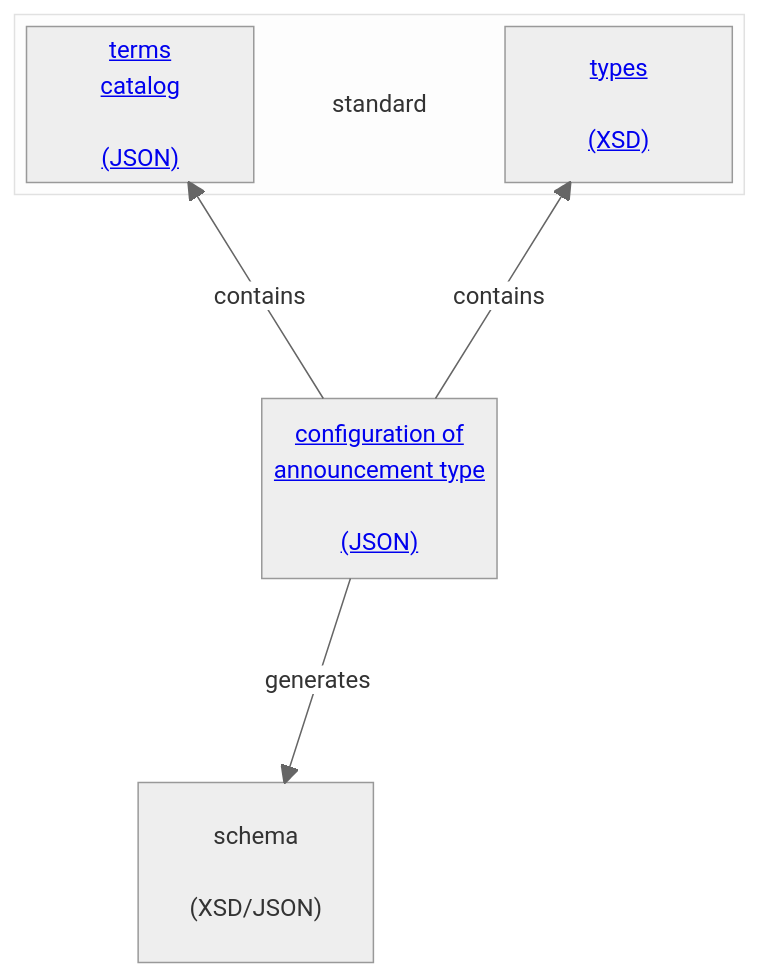
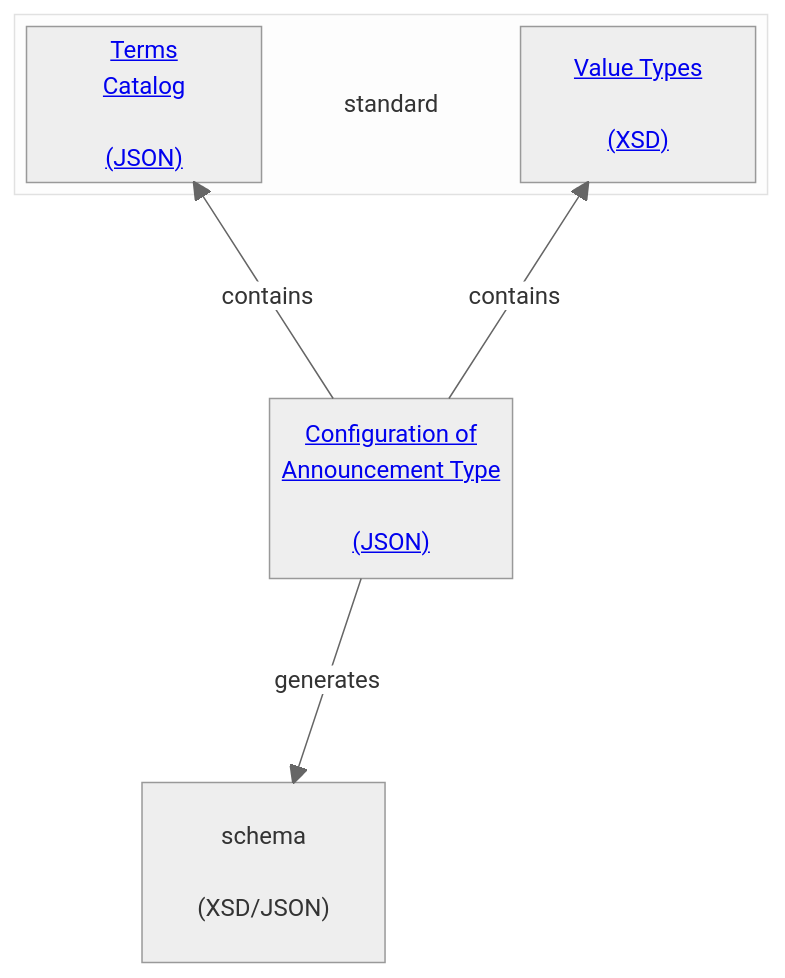
One commit to officialgazette/announcement-model changed the second of 3 diagrams in README.md. Above: the diagram before and after it, drawn with Mermaid. The commit also changed other lines of this file, not shown here.

````diff
--- a/README.md
+++ b/README.md
@@ -62,40 +64,40 @@
 ```mermaid
 
 %%{
   init: {
     'theme': 'neutral'
   }
 }%%
 
 block-beta
 columns 3
 
 block:scope["standard"]:6
 
-terms["<a href='https://github.com/officialgazette/announcement/blob/main/catalog.json'>terms
-catalog
+terms["<a href='https://github.com/officialgazette/announcement/blob/main/catalog.json'>Terms
+Catalog
 
 (JSON)</a>"]:1
 space
-standard["<a href='https://github.com/officialgazette/announcement/blob/main/types.xsd'>types
+standard["<a href='https://github.com/officialgazette/announcement/blob/main/types.xsd'>Value Types
 
 (XSD)</a>"]
 
 end
 space:5
 
-config["<a href='https://github.com/officialgazette/announcement/blob/main/config-BP-default.json'>configuration of
-announcement type
+config["<a href='https://github.com/officialgazette/announcement/blob/main/config-BP-default.json'>Configuration of
+Announcement Type
 
 (JSON)</a>"]:2
 
 space:4
 
 schema["schema
 
 (XSD/JSON)"]:2
 
 config --"contains"--> standard
 config --"contains"--> terms
 config --"generates"--> schema
 ```
````
